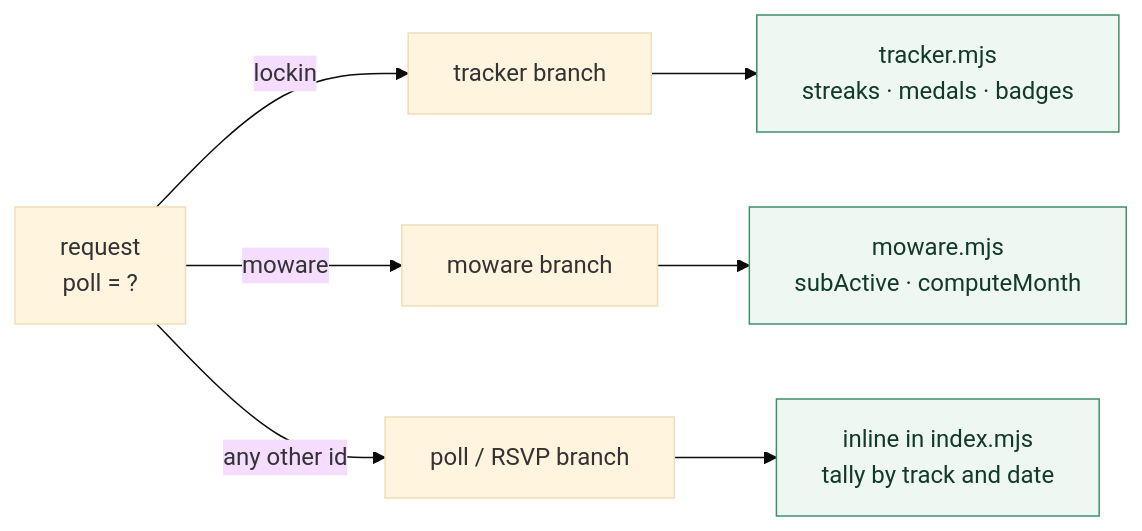
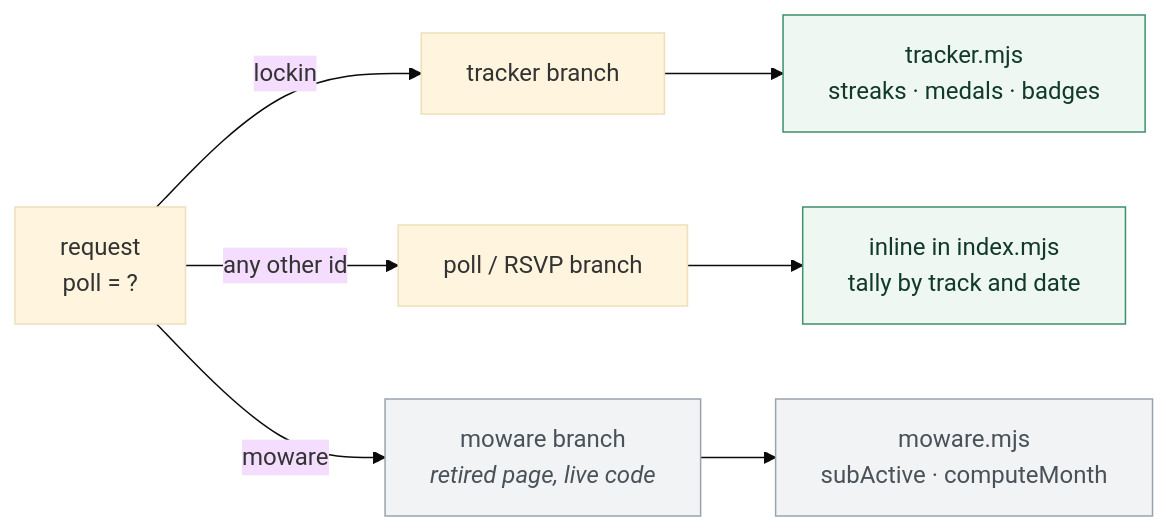
One commit to amirrhkm/flexsite changed the second of 3 diagrams in cdk/ARCHITECTURE.md. Above: the diagram before and after it, drawn with Mermaid (base theme). The commit also changed other lines of this file and 2 other files, not shown here.

First line of the commit message:
docs: reflect Moware's retirement across the docs

````diff
--- a/cdk/ARCHITECTURE.md
+++ b/cdk/ARCHITECTURE.md
@@ -41,15 +44,17 @@
 ```mermaid
 flowchart LR
   req["request<br/>poll = ?"]
 
   req -->|"lockin"| tr["tracker branch"]
-  req -->|"moware"| mw["moware branch"]
   req -->|"any other id"| gk["poll / RSVP branch"]
+  req -->|"moware"| mw["moware branch<br/><i>retired page, live code</i>"]
 
   tr --> trm["tracker.mjs<br/>streaks · medals · badges"]
+  gk --> gkm["inline in index.mjs<br/>tally by track and date"]
   mw --> mwm["moware.mjs<br/>subActive · computeMonth"]
-  gk --> gkm["inline in index.mjs<br/>tally by track and date"]
 
   classDef pure fill:#eef7f2,stroke:#3f8f6b,color:#123a2a
-  class trm,mwm,gkm pure
+  classDef dim fill:#f2f3f5,stroke:#9aa3ad,color:#4a5259
+  class trm,gkm pure
+  class mw,mwm dim
 ```
````
